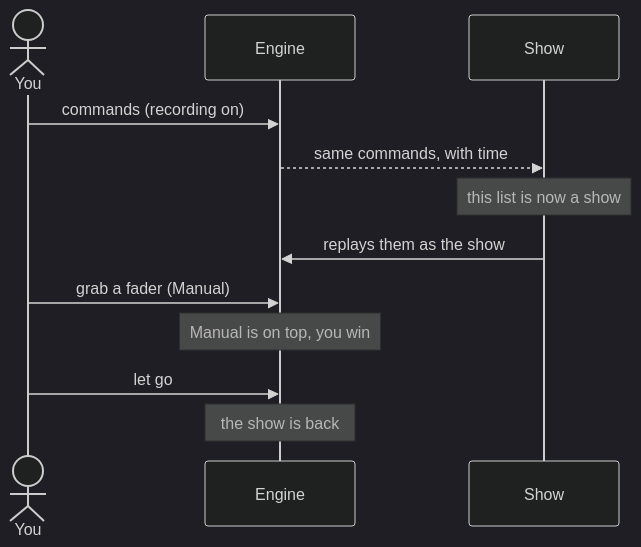
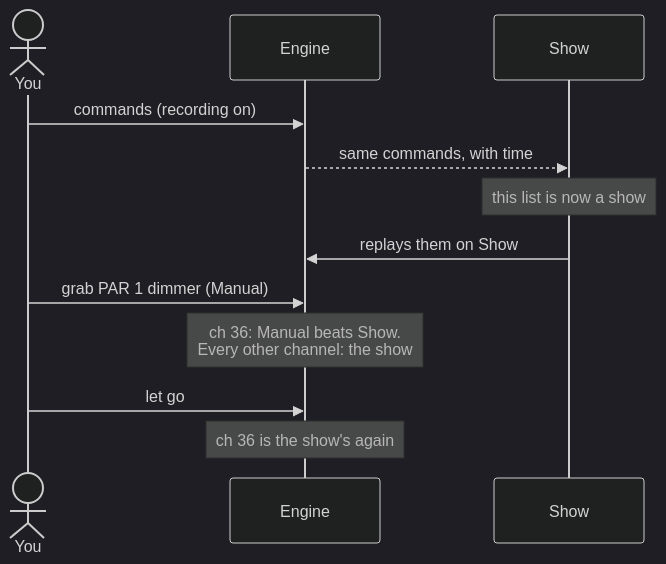
One commit to abossard/bossylights changed diagram 15 of 17 in docs/design/theory.md. Above: the diagram before and after it, drawn with Mermaid (dark theme). The commit also changed other lines of this file and 17 other files, not shown here.

````diff
--- a/docs/design/theory.md
+++ b/docs/design/theory.md
@@ -218,14 +334,14 @@
 ```mermaid
 sequenceDiagram
   actor You
   participant Engine
   participant Show
   You->>Engine: commands (recording on)
   Engine-->>Show: same commands, with time
   Note over Show: this list is now a show
-  Show->>Engine: replays them as the show
-  You->>Engine: grab a fader (Manual)
-  Note over Engine: Manual is on top, you win
+  Show->>Engine: replays them on Show
+  You->>Engine: grab PAR 1 dimmer (Manual)
+  Note over Engine: ch 36: Manual beats Show.<br/>Every other channel: the show
   You->>Engine: let go
-  Note over Engine: the show is back
+  Note over Engine: ch 36 is the show's again
 ```
````
